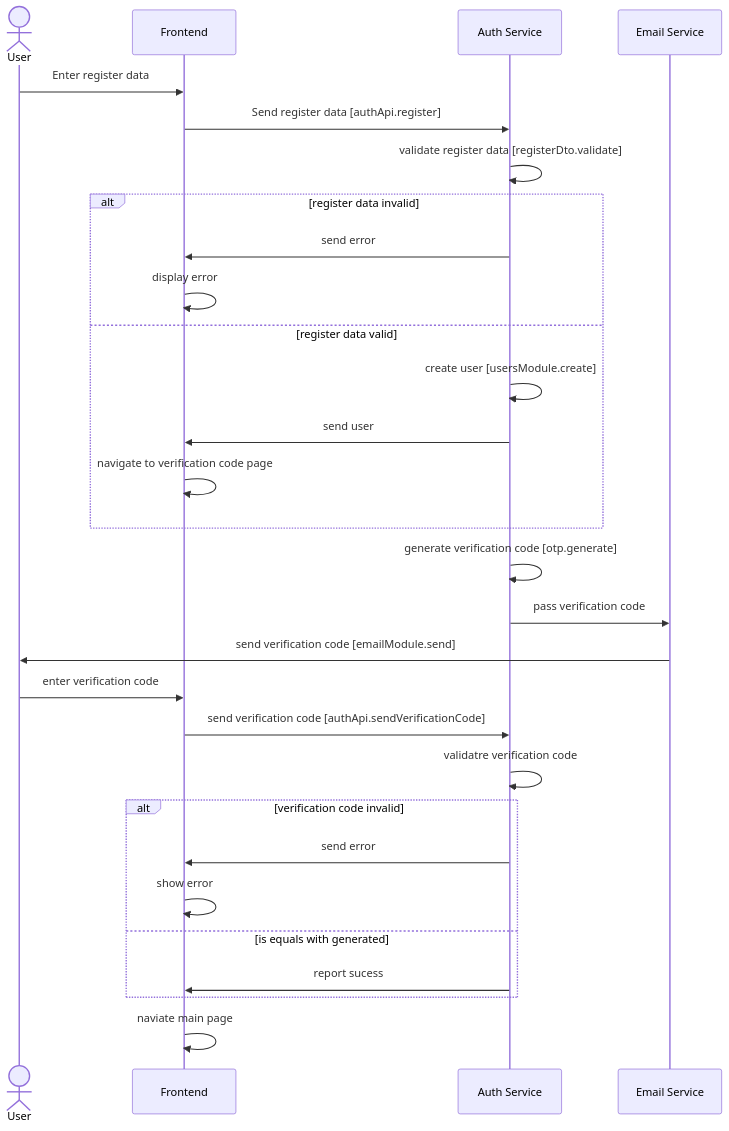
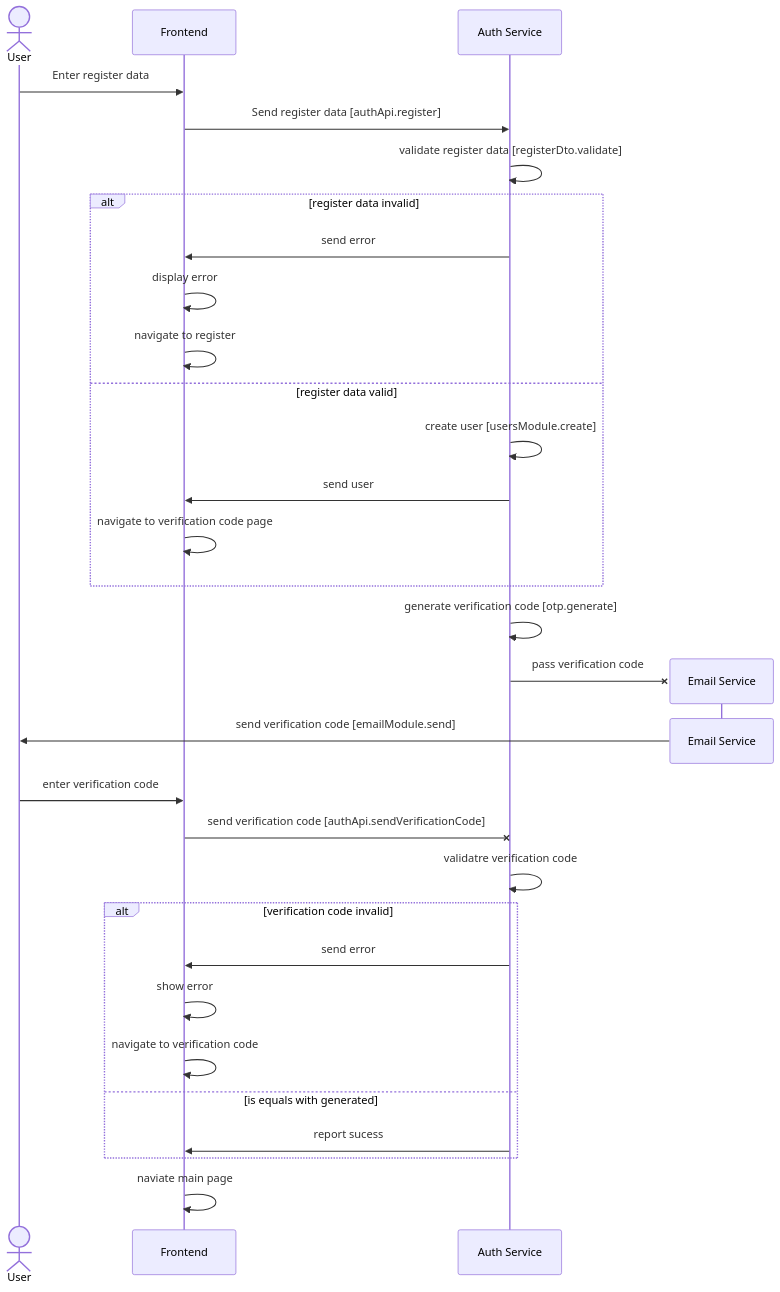
The diagram in lab3/declarative/main.mmd (Hyperlivus/KPI-Labs), drawn with Mermaid before and after one commit. The commit also changed other lines of this file, not shown here.

```diff
--- a/lab3/declarative/main.mmd
+++ b/lab3/declarative/main.mmd
@@ -1,33 +1,38 @@
 sequenceDiagram
         actor user as User
         participant frontend as Frontend
         participant auth as Auth Service
-        participant email as Email Service
 
         user ->> frontend: Enter register data
         frontend ->> auth: Send register data [authApi.register]
         auth ->> auth: validate register data [registerDto.validate]
-        alt register data invalid
+        alt register data invalid 
            auth ->> frontend: send error
-           frontend ->> frontend: display error
+           frontend ->> frontend: display error 
+           frontend ->> frontend: navigate to register
         else register data valid
         auth ->> auth: create user [usersModule.create]
-        auth ->> frontend: send user
-        frontend ->> frontend: navigate to verification code page
+        auth ->> frontend: send user 
+        frontend ->> frontend: navigate to verification code page 
 
         end
+        
+        auth ->> auth: generate verification code [otp.generate] 
+        create participant email as Email Service
 
-        auth ->> auth: generate verification code [otp.generate]
-        auth ->> email: pass verification code
-        email ->> user: send verification code [emailModule.send]
+        auth -x email: pass verification code 
+                destroy email
+        email->> user: send verification code [emailModule.send]
+
         user ->> frontend: enter verification code
-        frontend ->> auth: send verification code [authApi.sendVerificationCode]
-
+        frontend -x auth: send verification code [authApi.sendVerificationCode]
+       
         auth ->> auth: validatre verification code
         alt verification code invalid
           auth ->> frontend: send error
           frontend ->> frontend: show error
-        else is equals with generated
-        auth ->> frontend: report sucess
-        end
+          frontend ->> frontend: navigate to verification code
+        else is equals with generated 
+          auth ->> frontend: report sucess
+        end  
         frontend ->> frontend: naviate main page
```
